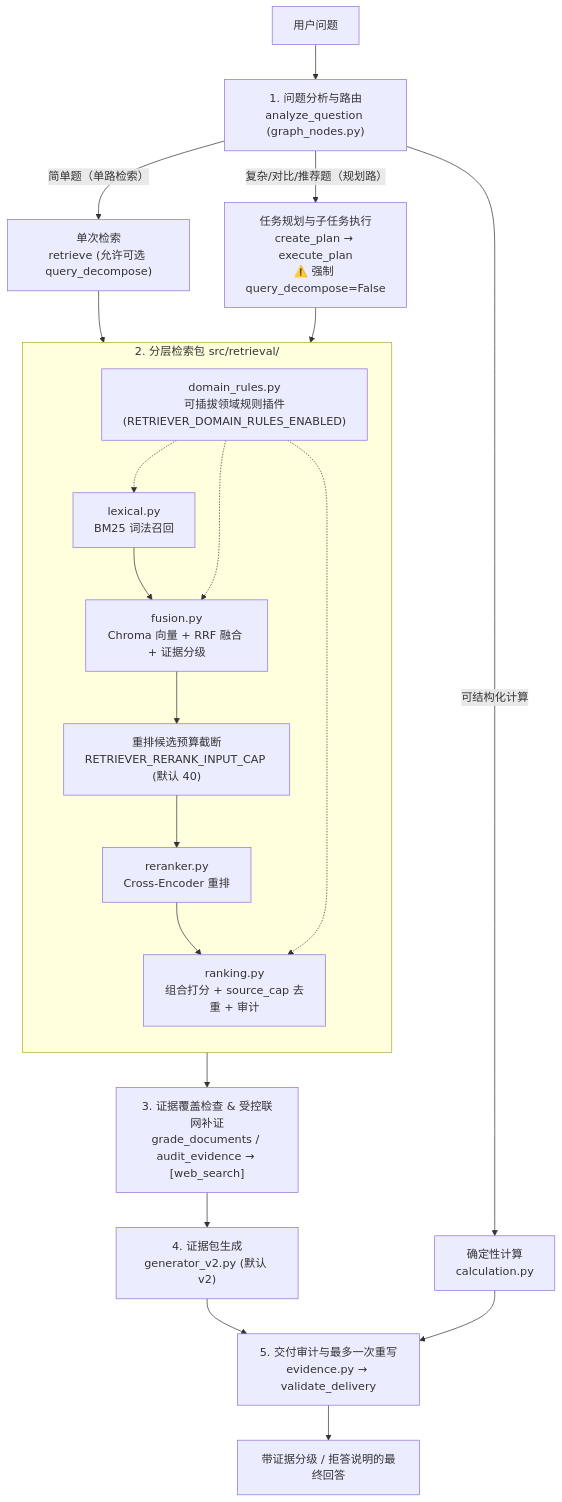
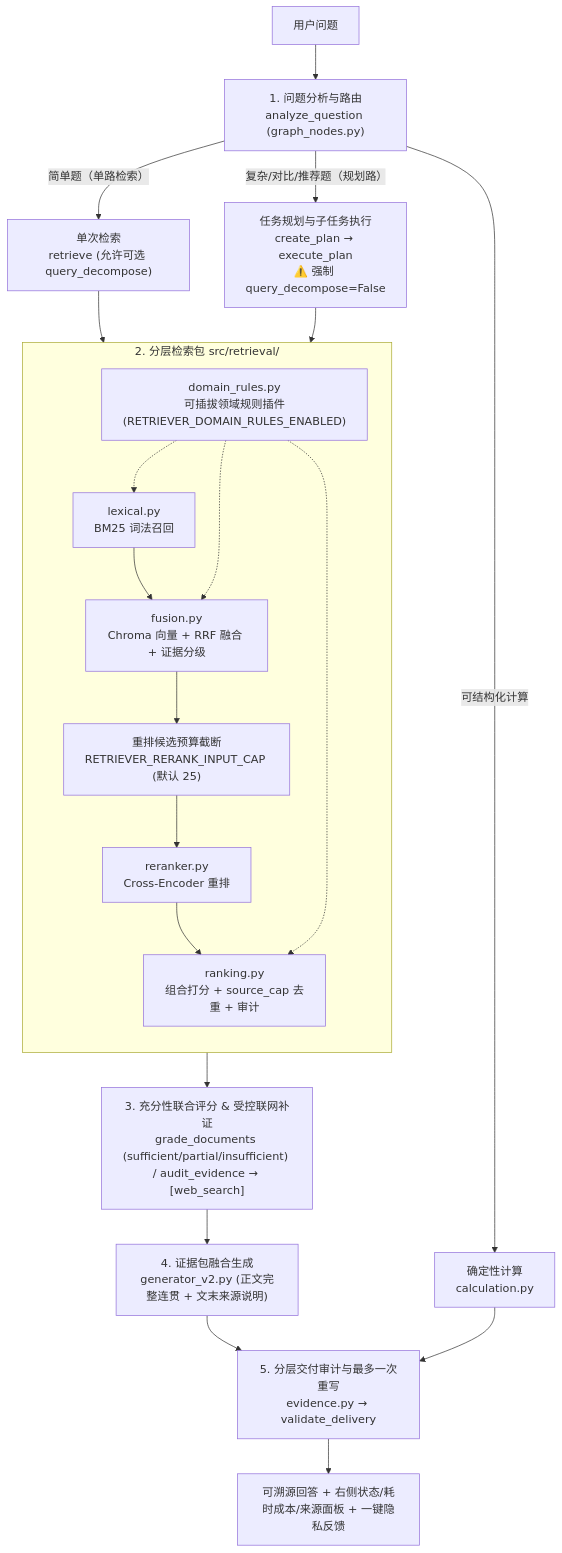
Before and after one commit to xjl344/design-knowledge-base-agent: the diagram in docs/rag-target-architecture.md, drawn with Mermaid. The commit also changed other lines of this file and 18 other files, not shown here.

````diff
--- a/docs/rag-target-architecture.md
+++ b/docs/rag-target-architecture.md
@@ -16,27 +16,27 @@
 ```mermaid
 flowchart TD
     Q["用户问题"] --> A["1. 问题分析与路由<br/>analyze_question (graph_nodes.py)"]
     A -->|可结构化计算| C["确定性计算<br/>calculation.py"]
     A -->|简单题（单路检索）| R1["单次检索<br/>retrieve (允许可选 query_decompose)"]
     A -->|复杂/对比/推荐题（规划路）| P["任务规划与子任务执行<br/>create_plan → execute_plan<br/>⚠️ 强制 query_decompose=False"]
 
     R1 --> PIPE
     P --> PIPE
 
     subgraph PIPE["2. 分层检索包 src/retrieval/"]
         direction TB
         L["lexical.py<br/>BM25 词法召回"] --> F["fusion.py<br/>Chroma 向量 + RRF 融合 + 证据分级"]
         D["domain_rules.py<br/>可插拔领域规则插件<br/>(RETRIEVER_DOMAIN_RULES_ENABLED)"] -.-> L
         D -.-> F
-        F --> CAP["重排候选预算截断<br/>RETRIEVER_RERANK_INPUT_CAP (默认 40)"]
+        F --> CAP["重排候选预算截断<br/>RETRIEVER_RERANK_INPUT_CAP (默认 25)"]
         CAP --> RR["reranker.py<br/>Cross-Encoder 重排"]
         RR --> RK["ranking.py<br/>组合打分 + source_cap 去重 + 审计"]
         D -.-> RK
     end
 
-    PIPE --> EV["3. 证据覆盖检查 & 受控联网补证<br/>grade_documents / audit_evidence → [web_search]"]
-    EV --> GEN["4. 证据包生成<br/>generator_v2.py (默认 v2)"]
-    GEN --> GATE["5. 交付审计与最多一次重写<br/>evidence.py → validate_delivery"]
+    PIPE --> EV["3. 充分性联合评分 & 受控联网补证<br/>grade_documents (sufficient/partial/insufficient) / audit_evidence → [web_search]"]
+    EV --> GEN["4. 证据包融合生成<br/>generator_v2.py (正文完整连贯 + 文末来源说明)"]
+    GEN --> GATE["5. 分层交付审计与最多一次重写<br/>evidence.py → validate_delivery"]
     C --> GATE
-    GATE --> OUT["带证据分级 / 拒答说明的最终回答"]
+    GATE --> OUT["可溯源回答 + 右侧状态/耗时成本/来源面板 + 一键隐私反馈"]
 ```
````
